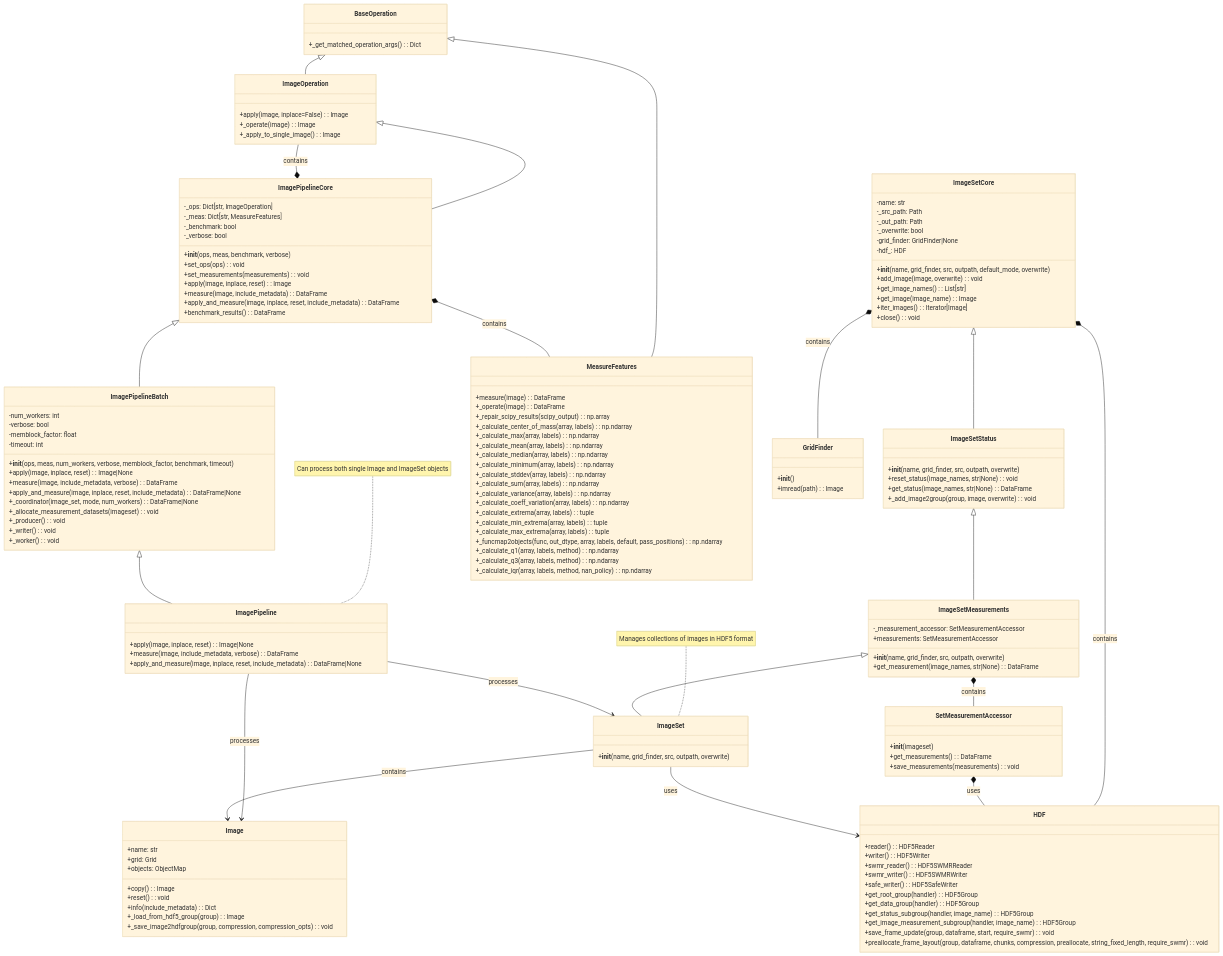
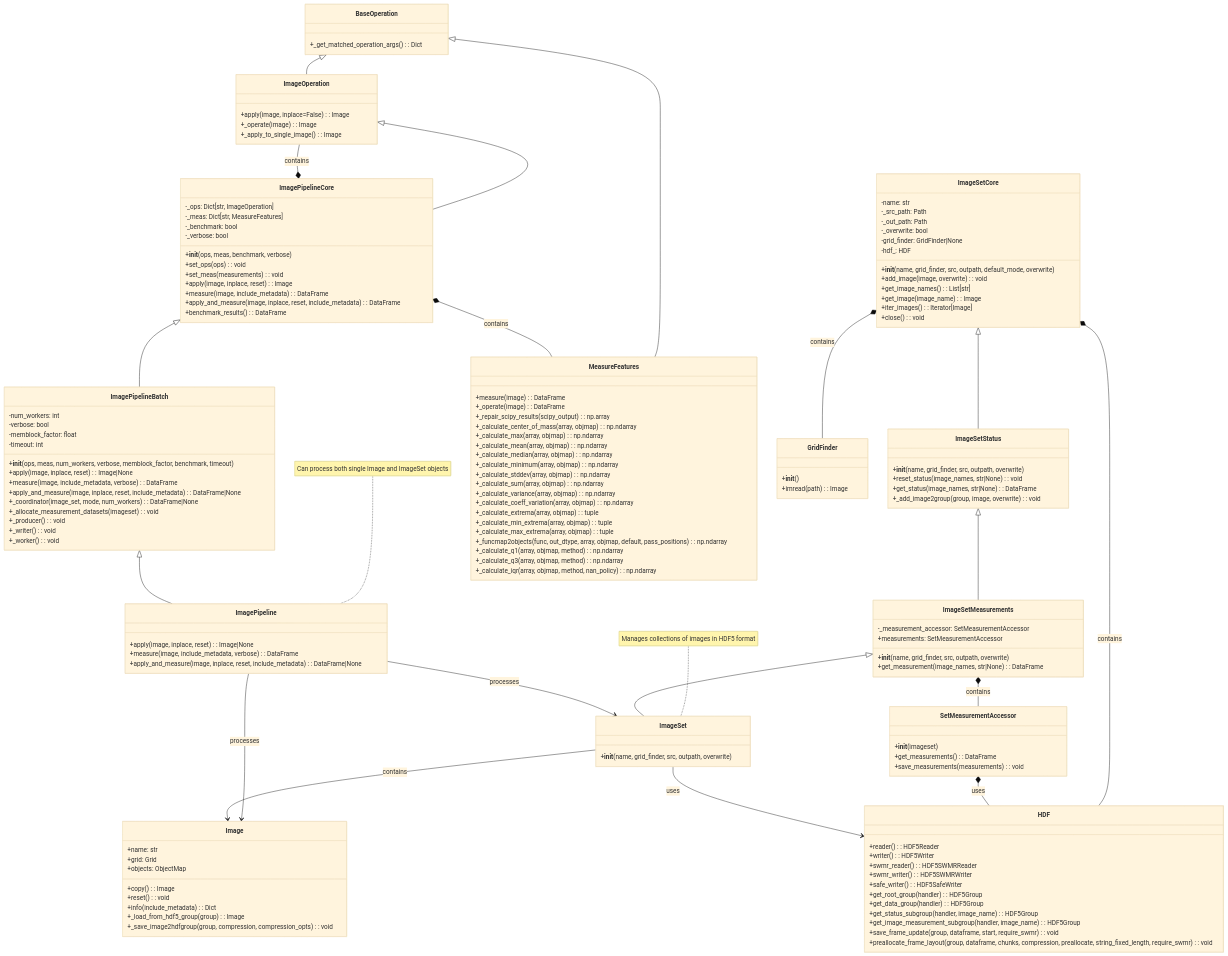
Before and after one commit to exfab/PhenoTypic: the first of 4 diagrams in docs/design_outlines/image_pipeline_diagrams.md, drawn with Mermaid (base theme). The commit also changed other lines of this file and 16 other files, not shown here.

````diff
--- a/docs/design_outlines/image_pipeline_diagrams.md
+++ b/docs/design_outlines/image_pipeline_diagrams.md
@@ -19,7 +20,7 @@
         -_verbose: bool
         +__init__(ops, meas, benchmark, verbose)
         +set_ops(ops): void
-        +set_measurements(measurements): void
+        +set_meas(measurements): void
         +apply(image, inplace, reset): Image
         +measure(image, include_metadata): DataFrame
         +apply_and_measure(image, inplace, reset, include_metadata): DataFrame
@@ -89,22 +90,22 @@
         +measure(image): DataFrame
         +_operate(image): DataFrame
         +_repair_scipy_results(scipy_output): np.array
-        +_calculate_center_of_mass(array, labels): np.ndarray
-        +_calculate_max(array, labels): np.ndarray
-        +_calculate_mean(array, labels): np.ndarray
-        +_calculate_median(array, labels): np.ndarray
-        +_calculate_minimum(array, labels): np.ndarray
-        +_calculate_stddev(array, labels): np.ndarray
-        +_calculate_sum(array, labels): np.ndarray
-        +_calculate_variance(array, labels): np.ndarray
-        +_calculate_coeff_variation(array, labels): np.ndarray
-        +_calculate_extrema(array, labels): tuple
-        +_calculate_min_extrema(array, labels): tuple
-        +_calculate_max_extrema(array, labels): tuple
-        +_funcmap2objects(func, out_dtype, array, labels, default, pass_positions): np.ndarray
-        +_calculate_q1(array, labels, method): np.ndarray
-        +_calculate_q3(array, labels, method): np.ndarray
-        +_calculate_iqr(array, labels, method, nan_policy): np.ndarray
+        +_calculate_center_of_mass(array, objmap): np.ndarray
+        +_calculate_max(array, objmap): np.ndarray
+        +_calculate_mean(array, objmap): np.ndarray
+        +_calculate_median(array, objmap): np.ndarray
+        +_calculate_minimum(array, objmap): np.ndarray
+        +_calculate_stddev(array, objmap): np.ndarray
+        +_calculate_sum(array, objmap): np.ndarray
+        +_calculate_variance(array, objmap): np.ndarray
+        +_calculate_coeff_variation(array, objmap): np.ndarray
+        +_calculate_extrema(array, objmap): tuple
+        +_calculate_min_extrema(array, objmap): tuple
+        +_calculate_max_extrema(array, objmap): tuple
+        +_funcmap2objects(func, out_dtype, array, objmap, default, pass_positions): np.ndarray
+        +_calculate_q1(array, objmap, method): np.ndarray
+        +_calculate_q3(array, objmap, method): np.ndarray
+        +_calculate_iqr(array, objmap, method, nan_policy): np.ndarray
     }
 
     class SetMeasurementAccessor {
@@ -143,35 +144,28 @@
         +_save_image2hdfgroup(group, compression, compression_opts): void
     }
 
-    %% Inheritance relationships
+%% Inheritance relationships
     ImageOperation <|-- ImagePipelineCore
     ImagePipelineCore <|-- ImagePipelineBatch
     ImagePipelineBatch <|-- ImagePipeline
-
     ImageSetCore <|-- ImageSetStatus
     ImageSetStatus <|-- ImageSetMeasurements
     ImageSetMeasurements <|-- ImageSet
-
     BaseOperation <|-- ImageOperation
     BaseOperation <|-- MeasureFeatures
-
-    %% Composition relationships
-    ImagePipelineCore *-- ImageOperation : contains
-    ImagePipelineCore *-- MeasureFeatures : contains
-
-    ImageSetMeasurements *-- SetMeasurementAccessor : contains
-    ImageSetCore *-- HDF : contains
-    ImageSetCore *-- GridFinder : contains
-
-    SetMeasurementAccessor *-- HDF : uses
-
-    %% Usage relationships
-    ImagePipeline --> Image : processes
-    ImagePipeline --> ImageSet : processes
-    ImageSet --> Image : contains
-    ImageSet --> HDF : uses
-
-    %% Note about relationships
+%% Composition relationships
+    ImagePipelineCore *-- ImageOperation: contains
+    ImagePipelineCore *-- MeasureFeatures: contains
+    ImageSetMeasurements *-- SetMeasurementAccessor: contains
+    ImageSetCore *-- HDF: contains
+    ImageSetCore *-- GridFinder: contains
+    SetMeasurementAccessor *-- HDF: uses
+%% Usage relationships
+    ImagePipeline --> Image: processes
+    ImagePipeline --> ImageSet: processes
+    ImageSet --> Image: contains
+    ImageSet --> HDF: uses
+%% Note about relationships
     note for ImagePipeline "Can process both single Image and ImageSet objects"
     note for ImageSet "Manages collections of images in HDF5 format"
 ```
````
